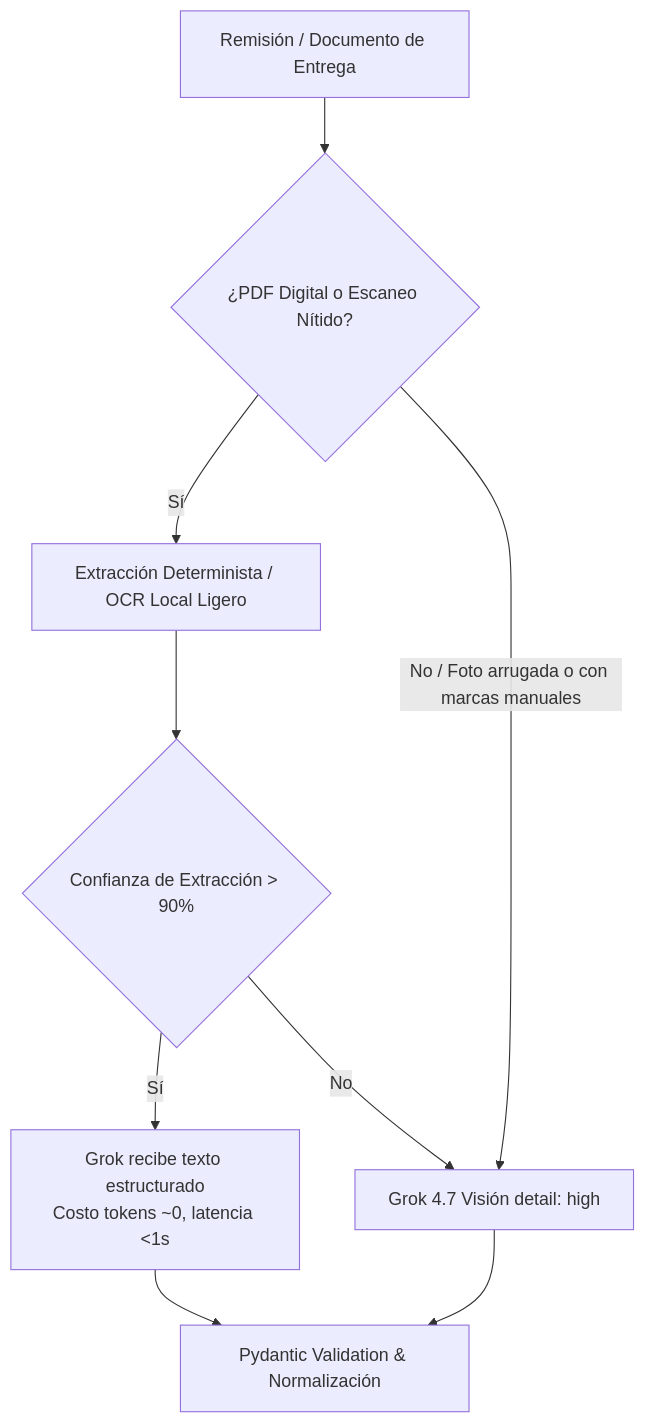
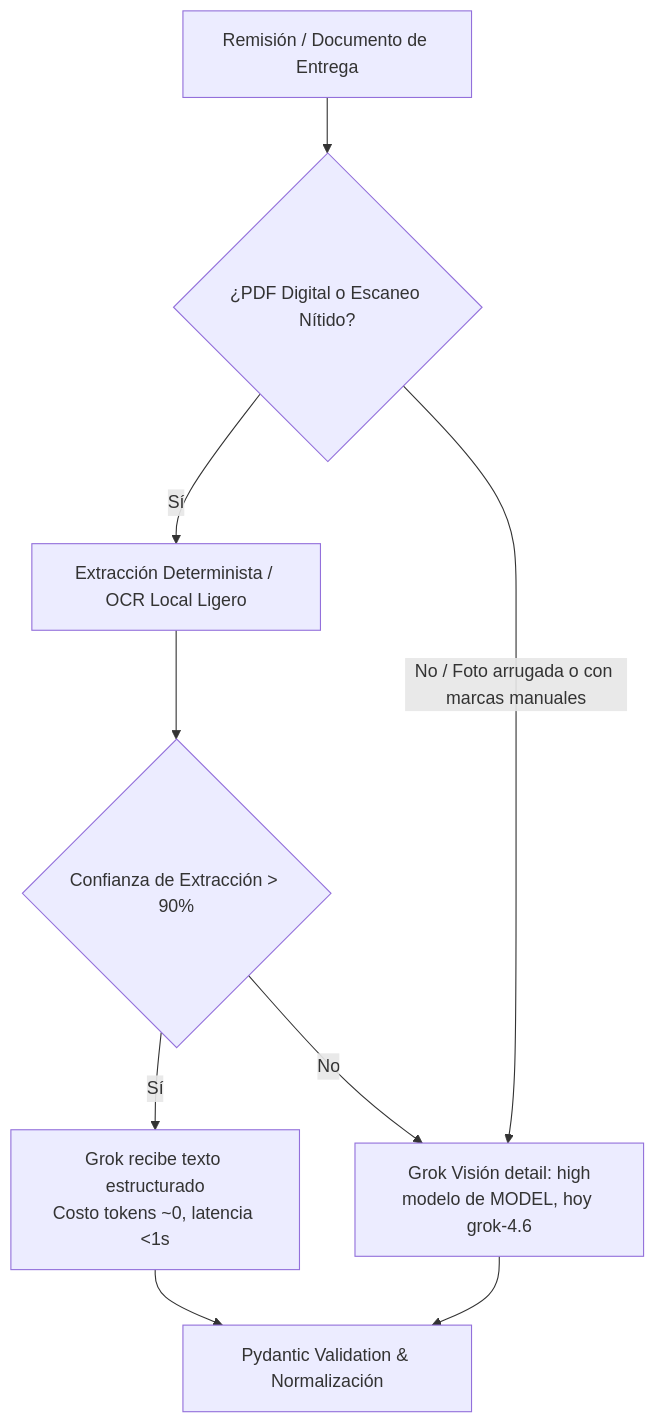
Before and after one commit to TEstebanGQ/CotejIA: the diagram in docs/MEJORAS_COTEJAI.md, drawn with Mermaid. The commit also changed other lines of this file and 4 other files, not shown here.

````diff
--- a/docs/MEJORAS_COTEJAI.md
+++ b/docs/MEJORAS_COTEJAI.md
@@ -18,11 +29,11 @@
 ```mermaid
 flowchart TD
     A[Remisión / Documento de Entrega] --> B{¿PDF Digital o Escaneo Nítido?}
     B -->|Sí| C[Extracción Determinista / OCR Local Ligero]
     C --> D{Confianza de Extracción > 90%}
     D -->|Sí| E[Grok recibe texto estructurado<br/>Costo tokens ~0, latencia <1s]
-    D -->|No| F[Grok 4.7 Visión detail: high]
+    D -->|No| F[Grok Visión detail: high<br/>modelo de MODEL, hoy grok-4.6]
     B -->|No / Foto arrugada o con marcas manuales| F
     F --> G[Pydantic Validation & Normalización]
     E --> G
 ```
````
